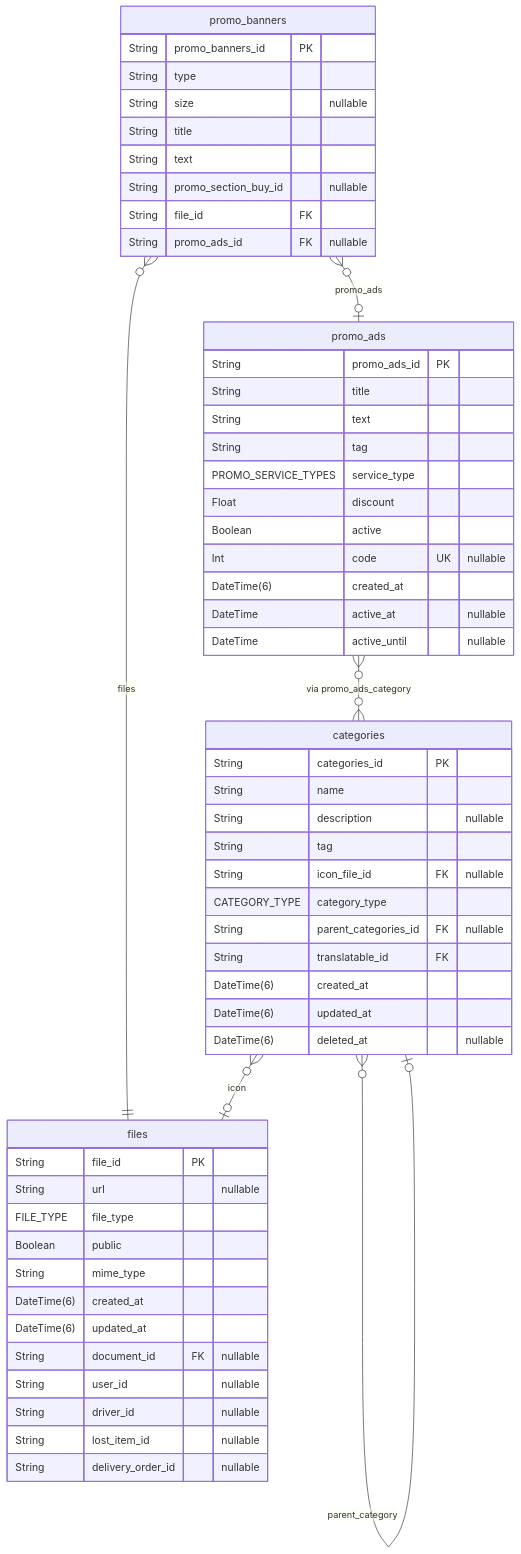
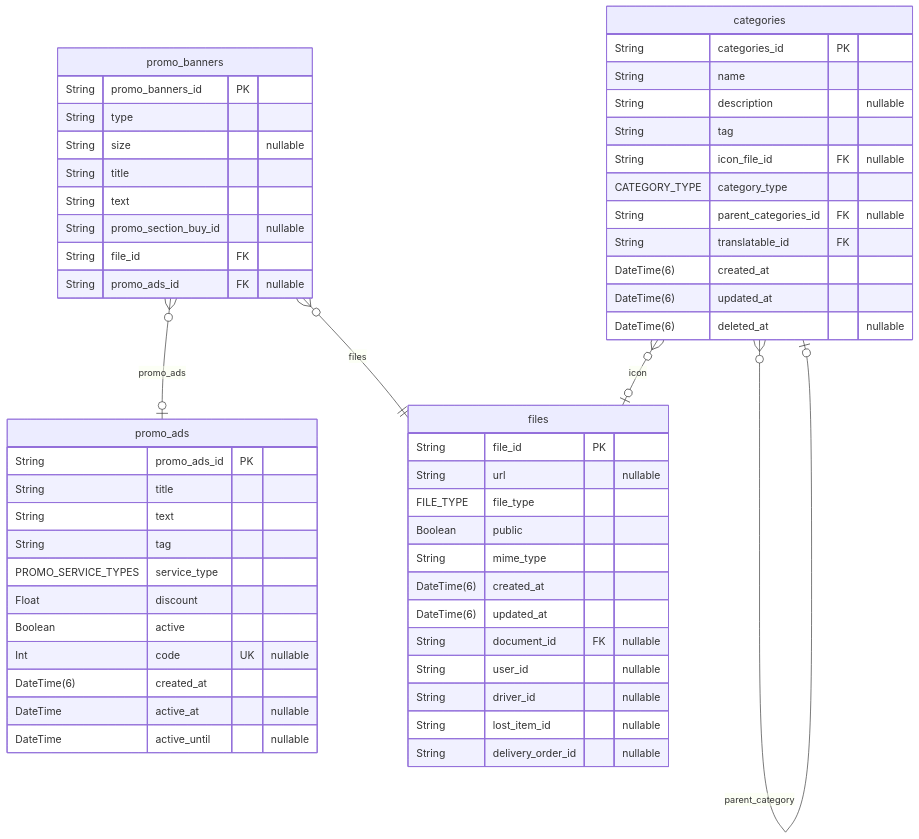
One commit to pbozic/be-analyisis changed diagram 14 of 40 in prisma/schemas/ERD.md. Above: the diagram before and after it, drawn with Mermaid. The commit also changed other lines of this file and 18 other files, not shown here.

````diff
--- a/prisma/schemas/ERD.md
+++ b/prisma/schemas/ERD.md
@@ -2480,58 +2472,57 @@
 ```mermaid
 erDiagram
 "promo_banners" {
   String promo_banners_id PK
   String type
   String size "nullable"
   String title
   String text
   String promo_section_buy_id "nullable"
   String file_id FK
   String promo_ads_id FK "nullable"
 }
 "promo_ads" {
   String promo_ads_id PK
   String title
   String text
   String tag
   PROMO_SERVICE_TYPES service_type
   Float discount
   Boolean active
   Int code UK "nullable"
   DateTime(6) created_at
   DateTime active_at "nullable"
   DateTime active_until "nullable"
 }
 "files" {
   String file_id PK
   String url "nullable"
   FILE_TYPE file_type
   Boolean public
   String mime_type
   DateTime(6) created_at
   DateTime(6) updated_at
   String document_id FK "nullable"
   String user_id "nullable"
   String driver_id "nullable"
   String lost_item_id "nullable"
   String delivery_order_id "nullable"
 }
 "categories" {
   String categories_id PK
   String name
   String description "nullable"
   String tag
   String icon_file_id FK "nullable"
   CATEGORY_TYPE category_type
   String parent_categories_id FK "nullable"
   String translatable_id FK
   DateTime(6) created_at
   DateTime(6) updated_at
   DateTime(6) deleted_at "nullable"
 }
 "promo_banners" }o--|| "files" : files
 "promo_banners" }o--o| "promo_ads" : promo_ads
 "categories" }o--o| "files" : icon
 "categories" }o--o| "categories" : parent_category
-"promo_ads" }o--o{ "categories" : "via promo_ads_category"
 ```
````
